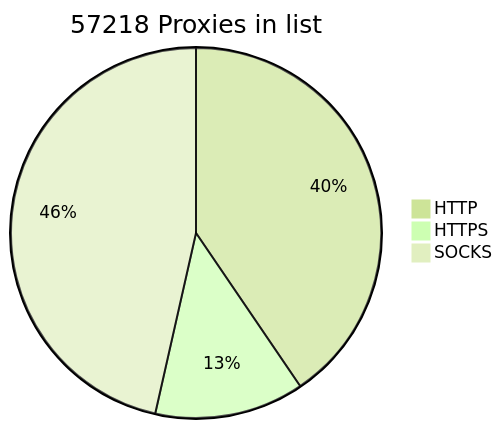
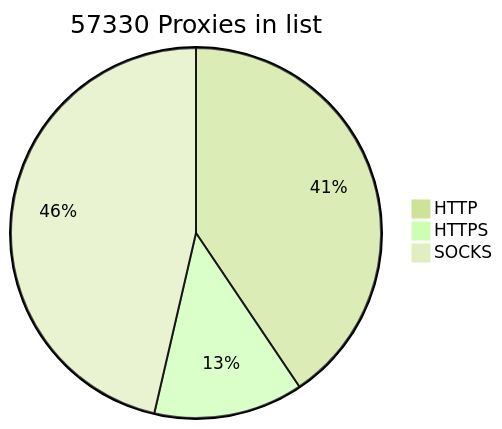
The diagram in README.md (BlackSnowDot/proxylist-update-every-minute), drawn with Mermaid (forest theme) before and after one commit.

````diff
--- a/README.md
+++ b/README.md
@@ -2,6 +2,6 @@
 ```mermaid
-pie title 57218 Proxies in list
-    "HTTP" : 26049
-    "HTTPS": 8393
+pie title 57330 Proxies in list
+    "HTTP" : 26150
+    "HTTPS": 8406
     "SOCKS" : 29890
 ```
````
